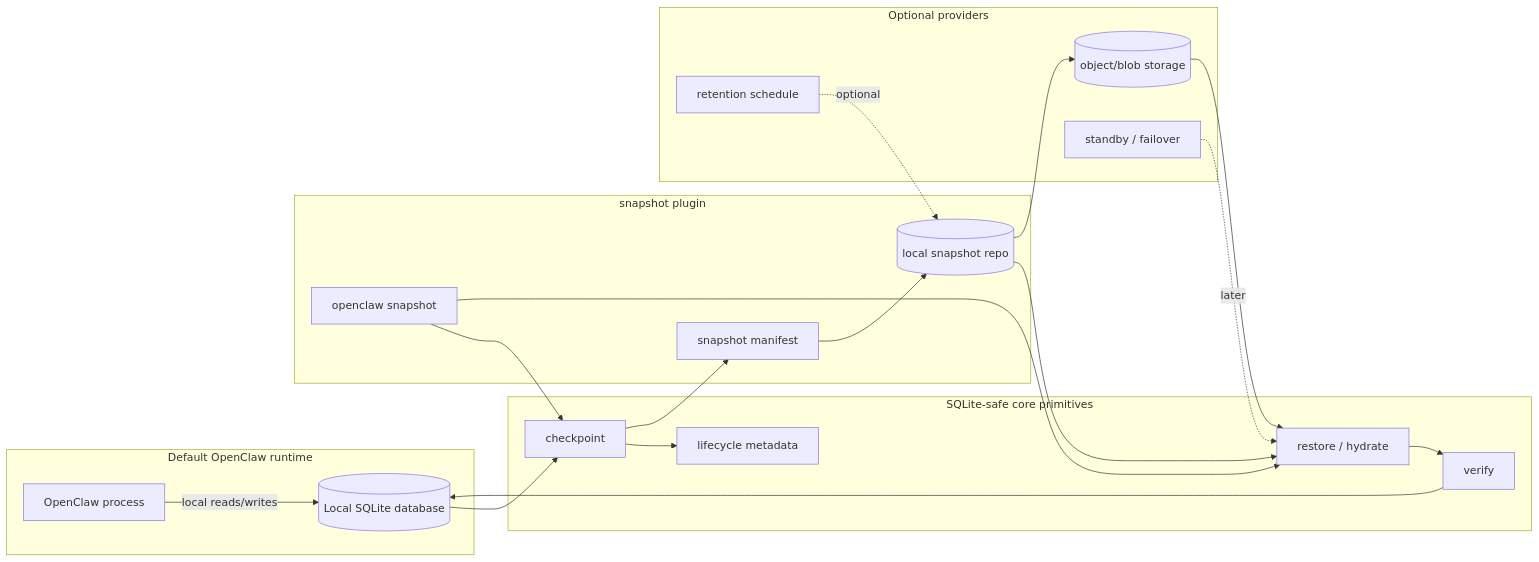
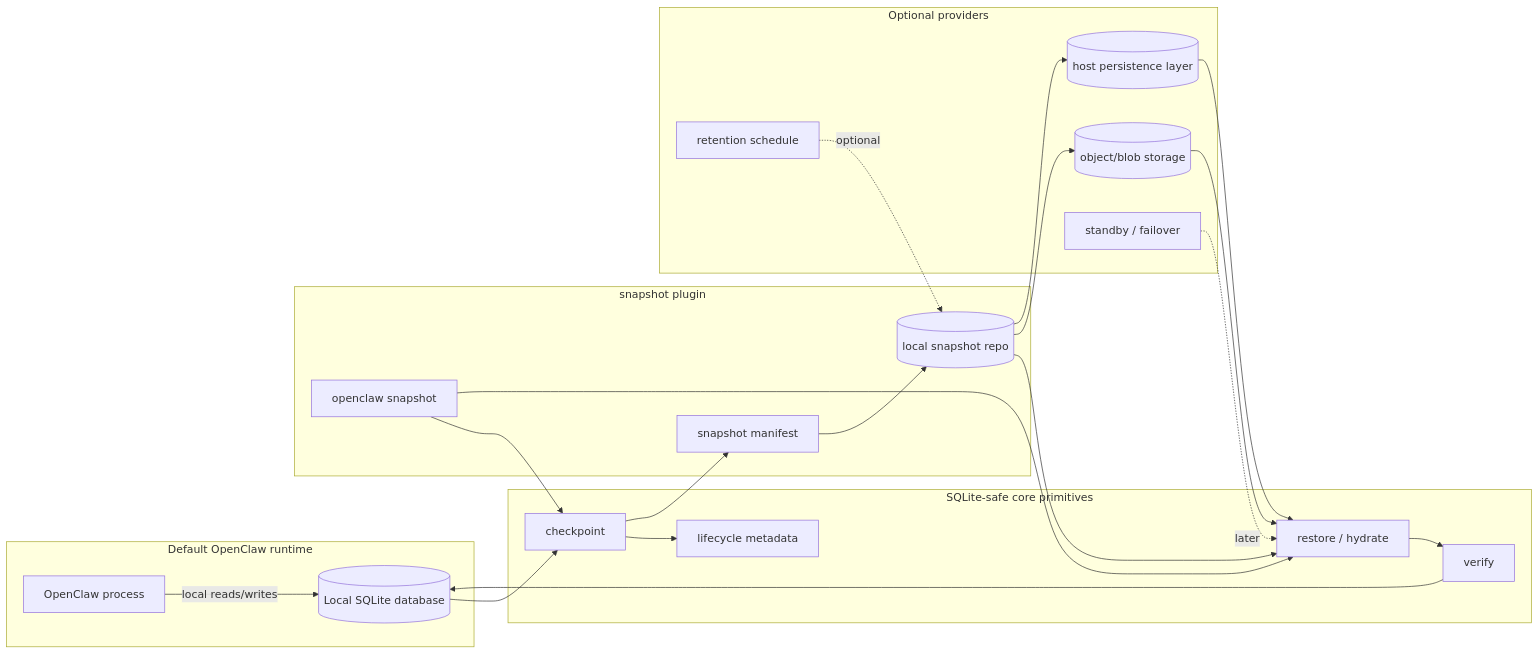
One commit to openclaw/rfcs changed the diagram in rfcs/0013-cloud-serializable-sqlite-state.md. Above: the diagram before and after it, drawn with Mermaid. The commit also changed other lines of this file, not shown here.

````diff
--- a/rfcs/0013-cloud-serializable-sqlite-state.md
+++ b/rfcs/0013-cloud-serializable-sqlite-state.md
@@ -144,41 +168,44 @@
 ```mermaid
 flowchart LR
   subgraph Runtime[Default OpenClaw runtime]
     App[OpenClaw process]
     DB[(Local SQLite database)]
     App -->|local reads/writes| DB
   end
 
   subgraph Core[SQLite-safe core primitives]
     Checkpoint[checkpoint]
     Verify[verify]
     Restore[restore / hydrate]
     Metadata[lifecycle metadata]
   end
 
   subgraph Plugin[snapshot plugin]
     Cmd[openclaw snapshot]
     Manifest[snapshot manifest]
     LocalRepo[(local snapshot repo)]
   end
 
   subgraph Providers[Optional providers]
     Object[(object/blob storage)]
+    Host[(host persistence layer)]
     Retention[retention schedule]
     Failover[standby / failover]
   end
 
   DB --> Checkpoint
   Checkpoint --> Metadata
   Checkpoint --> Manifest
   Cmd --> Checkpoint
   Cmd --> Restore
   Manifest --> LocalRepo
   LocalRepo --> Restore
   LocalRepo --> Object
+  LocalRepo --> Host
   Object --> Restore
+  Host --> Restore
   Restore --> Verify
   Verify --> DB
   Retention -. optional .-> LocalRepo
   Failover -. later .-> Restore
 ```
````
